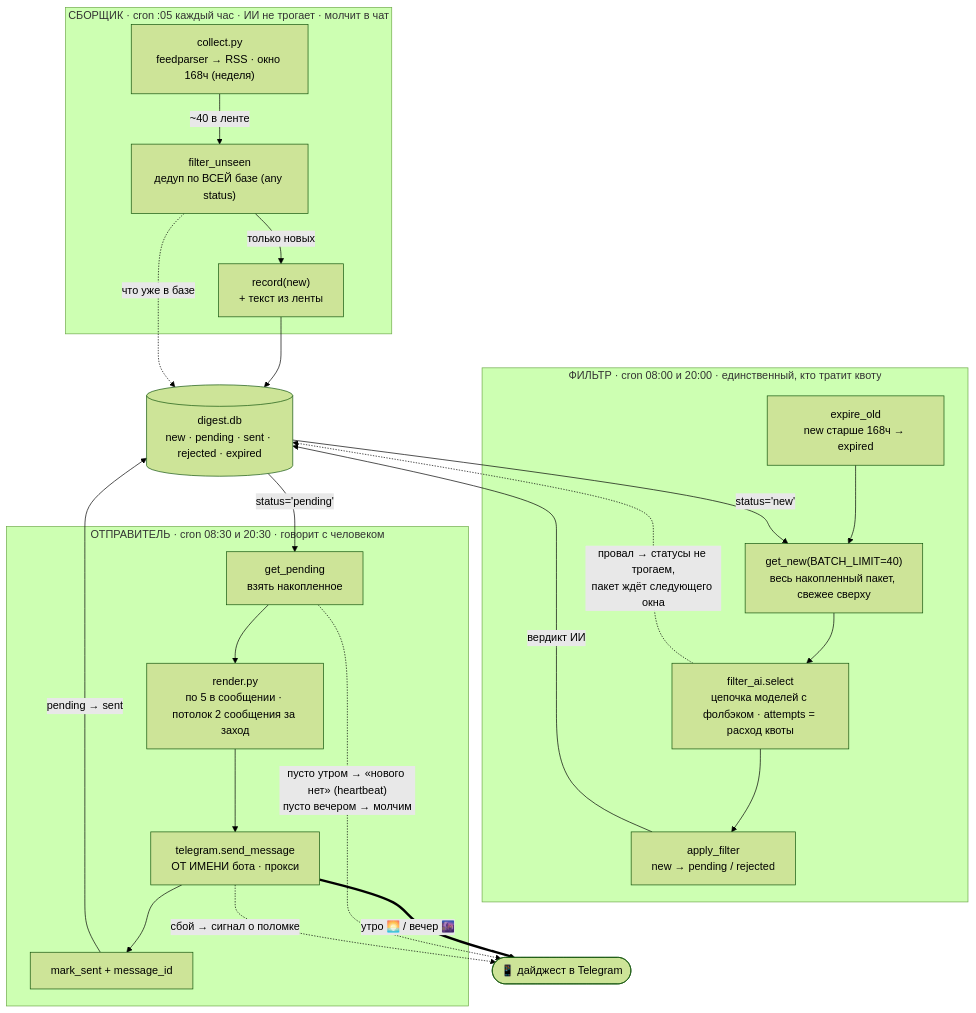
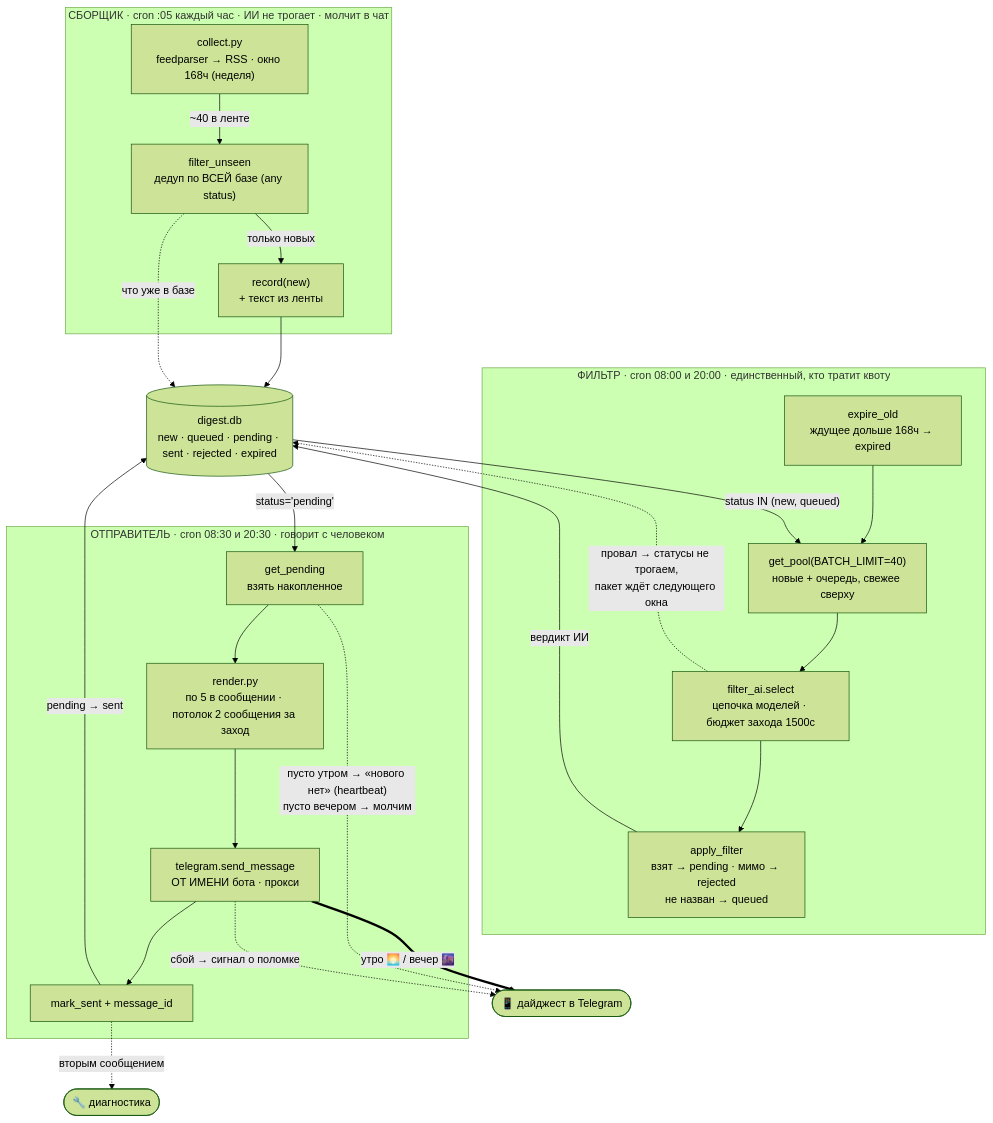
One commit to vladburba/svc-digest changed the first of 2 diagrams in СХЕМА.md. Above: the diagram before and after it, drawn with Mermaid (forest theme). The commit also changed other lines of this file, not shown here.

First line of the commit message:
СХЕМА.md: карта конвейера догнала код

````diff
--- a/СХЕМА.md
+++ b/СХЕМА.md
@@ -18,36 +18,37 @@
 ```mermaid
 flowchart TB
     subgraph СБОРЩИК["СБОРЩИК · cron :05 каждый час · ИИ не трогает · молчит в чат"]
         C1["collect.py<br/>feedparser → RSS · окно 168ч (неделя)"]
         C2["filter_unseen<br/>дедуп по ВСЕЙ базе (any status)"]
         C1 -->|"~40 в ленте"| C2 -->|"только новых"| WN["record(new)<br/>+ текст из ленты"]
     end
 
-    DB[("digest.db<br/>new · pending · sent · rejected · expired")]
+    DB[("digest.db<br/>new · queued · pending · sent · rejected · expired")]
     WN --> DB
     C2 -.->|"что уже в базе"| DB
 
     subgraph ФИЛЬТР["ФИЛЬТР · cron 08:00 и 20:00 · единственный, кто тратит квоту"]
-        F0["expire_old<br/>new старше 168ч → expired"]
-        F1["get_new(BATCH_LIMIT=40)<br/>весь накопленный пакет, свежее сверху"]
-        F2["filter_ai.select<br/>цепочка моделей с фолбэком · attempts = расход квоты"]
-        F3["apply_filter<br/>new → pending / rejected"]
+        F0["expire_old<br/>ждущее дольше 168ч → expired"]
+        F1["get_pool(BATCH_LIMIT=40)<br/>новые + очередь, свежее сверху"]
+        F2["filter_ai.select<br/>цепочка моделей · бюджет захода 1500с"]
+        F3["apply_filter<br/>взят → pending · мимо → rejected<br/>не назван → queued"]
         F0 --> F1 --> F2 --> F3
     end
-    DB -->|"status='new'"| F1
+    DB -->|"status IN (new, queued)"| F1
     F3 -->|"вердикт ИИ"| DB
     F2 -.->|"провал → статусы не трогаем,<br/>пакет ждёт следующего окна"| DB
 
     subgraph ОТПРАВИТЕЛЬ["ОТПРАВИТЕЛЬ · cron 08:30 и 20:30 · говорит с человеком"]
         S1["get_pending<br/>взять накопленное"]
         S2["render.py<br/>по 5 в сообщении · потолок 2 сообщения за заход"]
         S3["telegram.send_message<br/>ОТ ИМЕНИ бота · прокси"]
         S4["mark_sent + message_id"]
         S1 --> S2 --> S3 --> S4
     end
     DB -->|"status='pending'"| S1
     S4 -->|"pending → sent"| DB
     S3 ==>|"утро 🌅 / вечер 🌆"| TG([📱 дайджест в Telegram])
+    S4 -.->|"вторым сообщением"| DIAG([🔧 диагностика])
     S1 -.->|"пусто утром → «нового нет» (heartbeat)<br/>пусто вечером → молчим"| TG
     S3 -.->|"сбой → сигнал о поломке"| TG
 ```
````
